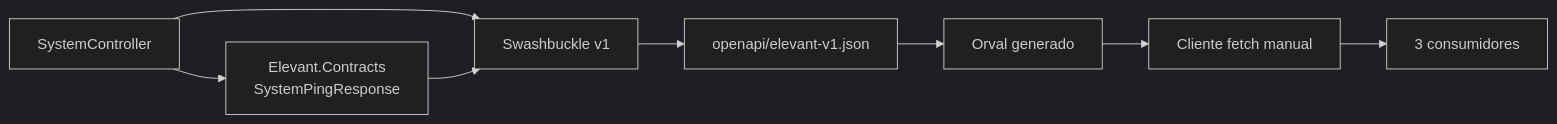
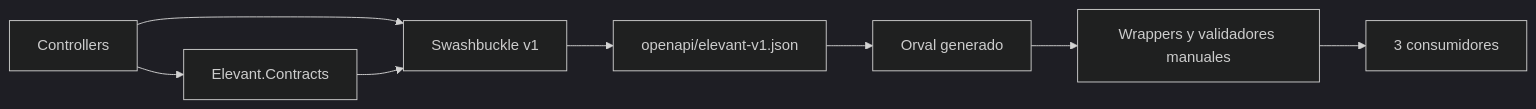
Before and after one commit to ErickEduardo027/ELEVANT: the first of 3 diagrams in Vault/04-arquitectura/openapi-http-y-signalr.md, drawn with Mermaid (dark theme). The commit also changed other lines of this file and 51 other files, not shown here.

````diff
--- a/Vault/04-arquitectura/openapi-http-y-signalr.md
+++ b/Vault/04-arquitectura/openapi-http-y-signalr.md
@@ -64,18 +64,18 @@
 ```mermaid
 flowchart LR
-    CTRL[SystemController]
-    DTO[Elevant.Contracts\nSystemPingResponse]
+    CTRL[Controllers]
+    DTO[Elevant.Contracts]
     SWAG[Swashbuckle v1]
     SNAP[openapi/elevant-v1.json]
     GEN[Orval generado]
-    WRAP[Cliente fetch manual]
+    WRAP[Wrappers y validadores manuales]
     APPS[3 consumidores]
 
     CTRL --> DTO
     CTRL --> SWAG
     DTO --> SWAG
     SWAG --> SNAP
     SNAP --> GEN
     GEN --> WRAP
     WRAP --> APPS
 ```
````
